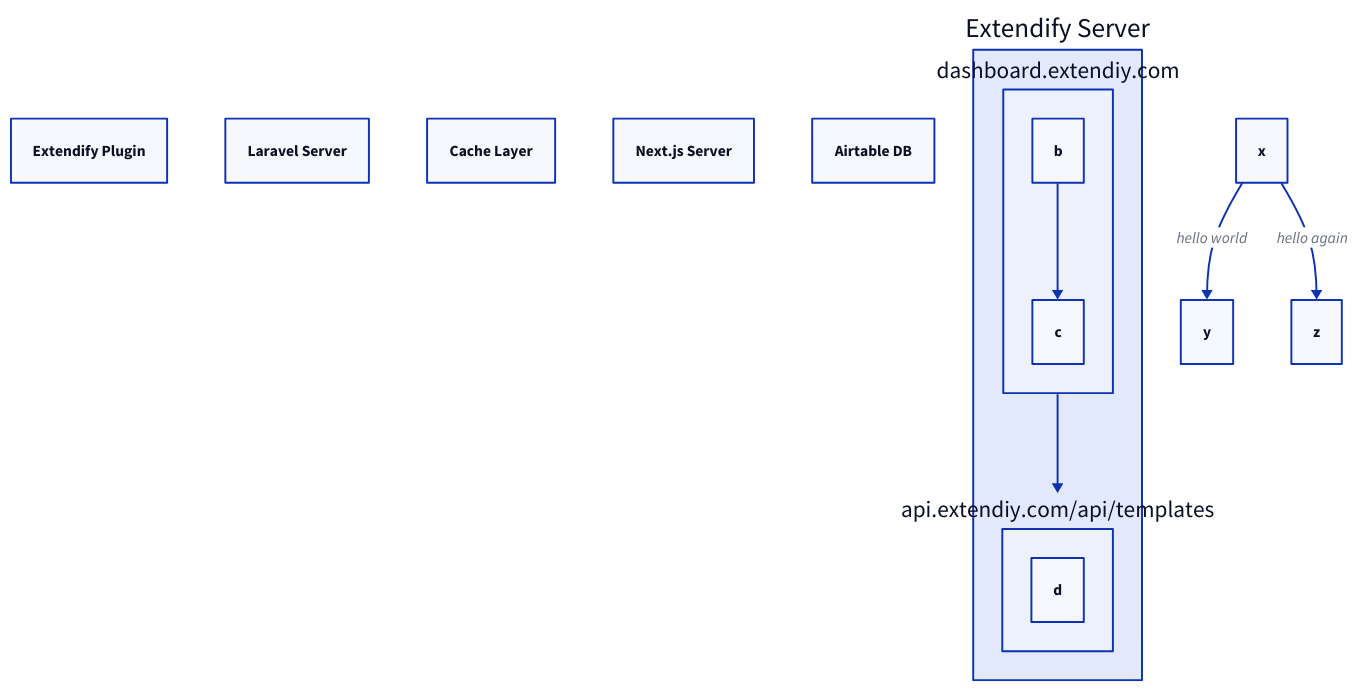
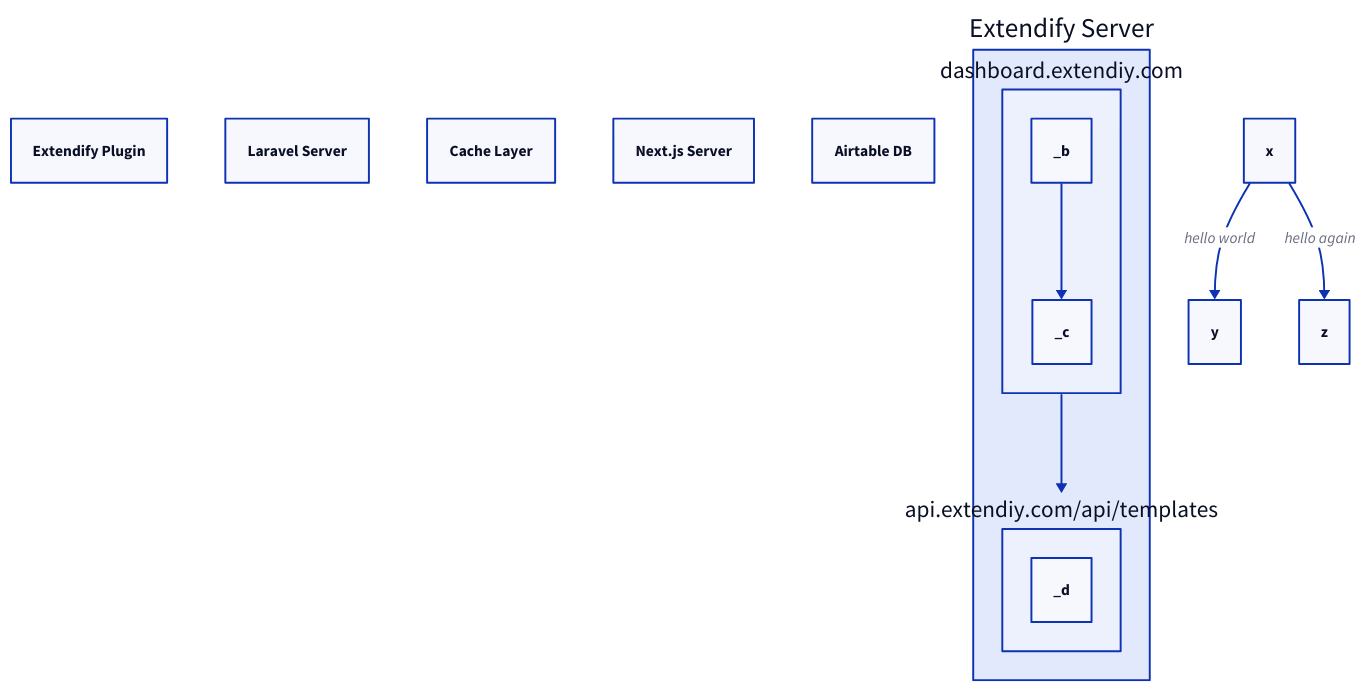
One commit to dgwyer/myapp changed the diagram in d2/file.d2. Above: the diagram before and after it, drawn with D2.

Commit message:
try to render

```diff
--- a/d2/file.d2
+++ b/d2/file.d2
@@ -1,20 +1,20 @@
 a: Extendify Plugin
 b: Laravel Server
 c: Cache Layer
 d: Next.js Server
 e: Airtable DB
 
 extendifyServer: Extendify Server {
   dashboardServer: dashboard.extendiy.com {
-    b -> c
+    _b -> _c
   }
 
   apiServer: api.extendiy.com/api/templates {
-    d
+    _d
   }
 
   dashboardServer -> apiServer
 }
 
 x -> y: hello world
 x -> z: hello again
```
